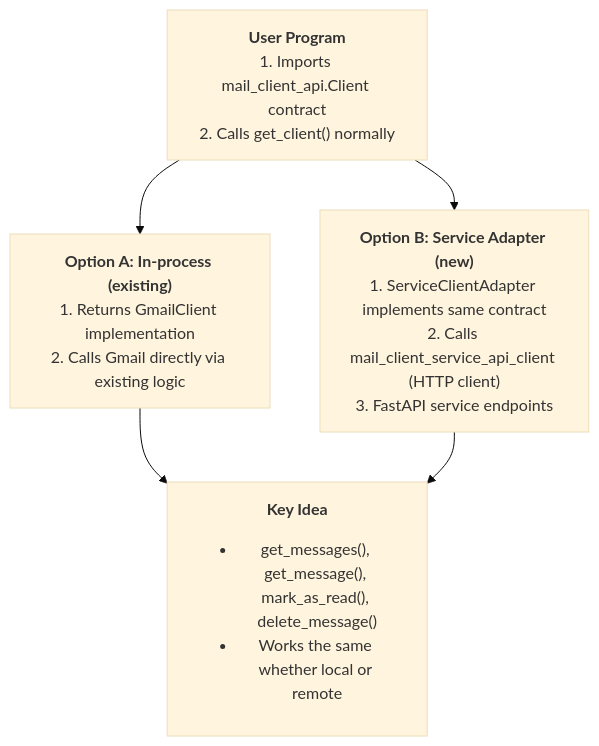
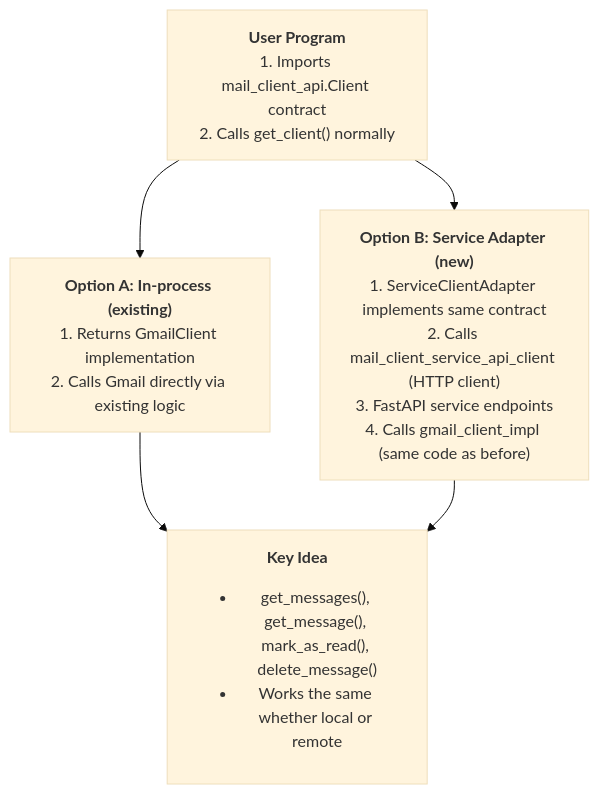
One commit to ivanearisty/oss-taapp changed the diagram in DESIGN.md. Above: the diagram before and after it, drawn with Mermaid (base theme).

Commit message:
Add missing flow step

````diff
--- a/DESIGN.md
+++ b/DESIGN.md
@@ -14,17 +14,17 @@
 ```mermaid
 flowchart TB
 
   UP["<b>User Program</b><br/>1. Imports mail_client_api.Client contract<br/>2. Calls get_client() normally"]
 
   OA["<b>Option A: In-process (existing)</b><br/>1. Returns GmailClient implementation<br/>2. Calls Gmail directly via existing logic"]
 
-  OB["<b>Option B: Service Adapter (new)</b><br/>1. ServiceClientAdapter implements same contract<br/>2. Calls mail_client_service_api_client (HTTP client)<br/>3. FastAPI service endpoints"]
+  OB["<b>Option B: Service Adapter (new)</b><br/>1. ServiceClientAdapter implements same contract<br/>2. Calls mail_client_service_api_client (HTTP client)<br/>3. FastAPI service endpoints<br/>4. Calls gmail_client_impl (same code as before)"]
 
   KI["<b>Key Idea</b><br/><ul><li>get_messages(), get_message(), mark_as_read(), delete_message()</li><li>Works the same whether local or remote</li></ul>"]
 
   UP --> OA
   UP --> OB
 
   OA --> KI
   OB --> KI
 ```
````
